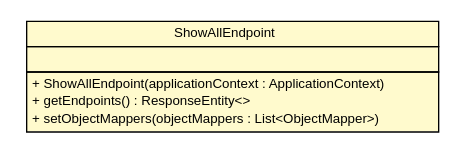
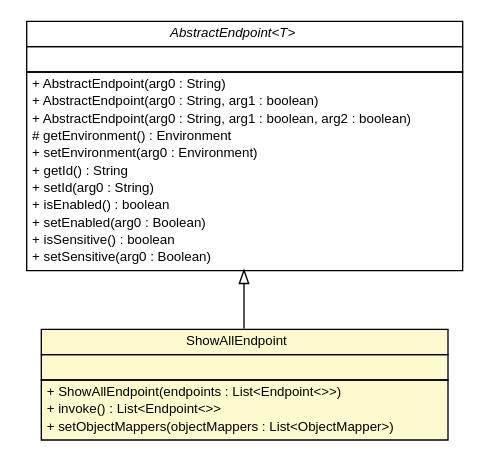
The diagram in snapshot/build-docker/maven-build-java8/spring-cloud-service-discovery/spring-cloud-multi-registration/apidocs/org/springframework/boot/actuate/endpoint/ShowAllEndpoint.dot (sfeng9d/spring-cloud-service-discovery), drawn with Graphviz before and after one commit. The commit also changed 56 other files, not shown here.

```diff
--- a/snapshot/build-docker/maven-build-java8/spring-cloud-service-discovery/spring-cloud-multi-registration/apidocs/org/springframework/boot/actuate/endpoint/ShowAllEndpoint.dot
+++ b/snapshot/build-docker/maven-build-java8/spring-cloud-service-discovery/spring-cloud-multi-registration/apidocs/org/springframework/boot/actuate/endpoint/ShowAllEndpoint.dot
@@ -1,26 +1,50 @@
 #!/usr/local/bin/dot
 #
 # Class diagram 
 # Generated by UMLGraph version R5_6-24-gf6e263 (http://www.umlgraph.org/)
 #
 
 digraph G {
 	edge [fontname="Helvetica",fontsize=10,labelfontname="Helvetica",labelfontsize=10];
 	node [fontname="Helvetica",fontsize=10,shape=plaintext];
 	nodesep=0.25;
 	ranksep=0.5;
 	// org.springframework.boot.actuate.endpoint.ShowAllEndpoint
-	c72 [label=<<table title="org.springframework.boot.actuate.endpoint.ShowAllEndpoint" border="0" cellborder="1" cellspacing="0" cellpadding="2" port="p" bgcolor="lemonChiffon" href="./ShowAllEndpoint.html">
+	c67 [label=<<table title="org.springframework.boot.actuate.endpoint.ShowAllEndpoint" border="0" cellborder="1" cellspacing="0" cellpadding="2" port="p" bgcolor="lemonChiffon" href="./ShowAllEndpoint.html">
 		<tr><td><table border="0" cellspacing="0" cellpadding="1">
 <tr><td align="center" balign="center"> ShowAllEndpoint </td></tr>
 		</table></td></tr>
 		<tr><td><table border="0" cellspacing="0" cellpadding="1">
 <tr><td align="left" balign="left">  </td></tr>
 		</table></td></tr>
 		<tr><td><table border="0" cellspacing="0" cellpadding="1">
-<tr><td align="left" balign="left"> + ShowAllEndpoint(applicationContext : ApplicationContext) </td></tr>
-<tr><td align="left" balign="left"> + getEndpoints() : ResponseEntity&lt;&gt; </td></tr>
+<tr><td align="left" balign="left"> + ShowAllEndpoint(endpoints : List&lt;Endpoint&lt;&gt;&gt;) </td></tr>
+<tr><td align="left" balign="left"> + invoke() : List&lt;Endpoint&lt;&gt;&gt; </td></tr>
 <tr><td align="left" balign="left"> + setObjectMappers(objectMappers : List&lt;ObjectMapper&gt;) </td></tr>
 		</table></td></tr>
 		</table>>, URL="./ShowAllEndpoint.html", fontname="Helvetica", fontcolor="black", fontsize=10.0];
+	//org.springframework.boot.actuate.endpoint.ShowAllEndpoint extends org.springframework.boot.actuate.endpoint.AbstractEndpoint<java.util.List<org.springframework.boot.actuate.endpoint.Endpoint>>
+	c76:p -> c67:p [dir=back,arrowtail=empty];
+	// org.springframework.boot.actuate.endpoint.AbstractEndpoint<T>
+	c76 [label=<<table title="org.springframework.boot.actuate.endpoint.AbstractEndpoint" border="0" cellborder="1" cellspacing="0" cellpadding="2" port="p" href="http://java.sun.com/j2se/1.4.2/docs/api/org/springframework/boot/actuate/endpoint/AbstractEndpoint.html">
+		<tr><td><table border="0" cellspacing="0" cellpadding="1">
+<tr><td align="center" balign="center"><font face="Helvetica-Oblique"> AbstractEndpoint&lt;T&gt; </font></td></tr>
+		</table></td></tr>
+		<tr><td><table border="0" cellspacing="0" cellpadding="1">
+<tr><td align="left" balign="left">  </td></tr>
+		</table></td></tr>
+		<tr><td><table border="0" cellspacing="0" cellpadding="1">
+<tr><td align="left" balign="left"> + AbstractEndpoint(arg0 : String) </td></tr>
+<tr><td align="left" balign="left"> + AbstractEndpoint(arg0 : String, arg1 : boolean) </td></tr>
+<tr><td align="left" balign="left"> + AbstractEndpoint(arg0 : String, arg1 : boolean, arg2 : boolean) </td></tr>
+<tr><td align="left" balign="left"> # getEnvironment() : Environment </td></tr>
+<tr><td align="left" balign="left"> + setEnvironment(arg0 : Environment) </td></tr>
+<tr><td align="left" balign="left"> + getId() : String </td></tr>
+<tr><td align="left" balign="left"> + setId(arg0 : String) </td></tr>
+<tr><td align="left" balign="left"> + isEnabled() : boolean </td></tr>
+<tr><td align="left" balign="left"> + setEnabled(arg0 : Boolean) </td></tr>
+<tr><td align="left" balign="left"> + isSensitive() : boolean </td></tr>
+<tr><td align="left" balign="left"> + setSensitive(arg0 : Boolean) </td></tr>
+		</table></td></tr>
+		</table>>, URL="http://java.sun.com/j2se/1.4.2/docs/api/org/springframework/boot/actuate/endpoint/AbstractEndpoint.html", fontname="Helvetica", fontcolor="black", fontsize=10.0];
 }
```
